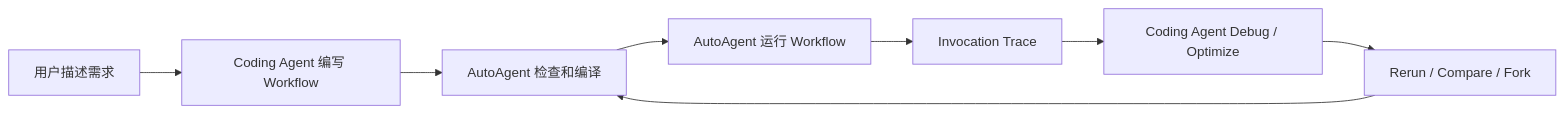
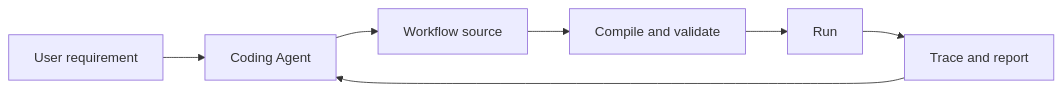
The diagram in MVP.md (lilislight/AutoAgent), drawn with Mermaid before and after one commit. The commit also changed other lines of this file and 11 other files, not shown here.

Commit message:
Refine project roadmap and authoring setup

````diff
--- a/MVP.md
+++ b/MVP.md
@@ -16,10 +26,9 @@
 ```mermaid
 flowchart LR
-    U["用户描述需求"] --> AI1["Coding Agent 编写 Workflow"]
-    AI1 --> CHECK["AutoAgent 检查和编译"]
-    CHECK --> RUN["AutoAgent 运行 Workflow"]
-    RUN --> TRACE["Invocation Trace"]
-    TRACE --> AI2["Coding Agent Debug / Optimize"]
-    AI2 --> VERIFY["Rerun / Compare / Fork"]
-    VERIFY --> CHECK
+    USER["User requirement"] --> AGENT["Coding Agent"]
+    AGENT --> WORKFLOW["Workflow source"]
+    WORKFLOW --> CHECK["Compile and validate"]
+    CHECK --> RUN["Run"]
+    RUN --> TRACE["Trace and report"]
+    TRACE --> AGENT
 ```
````
